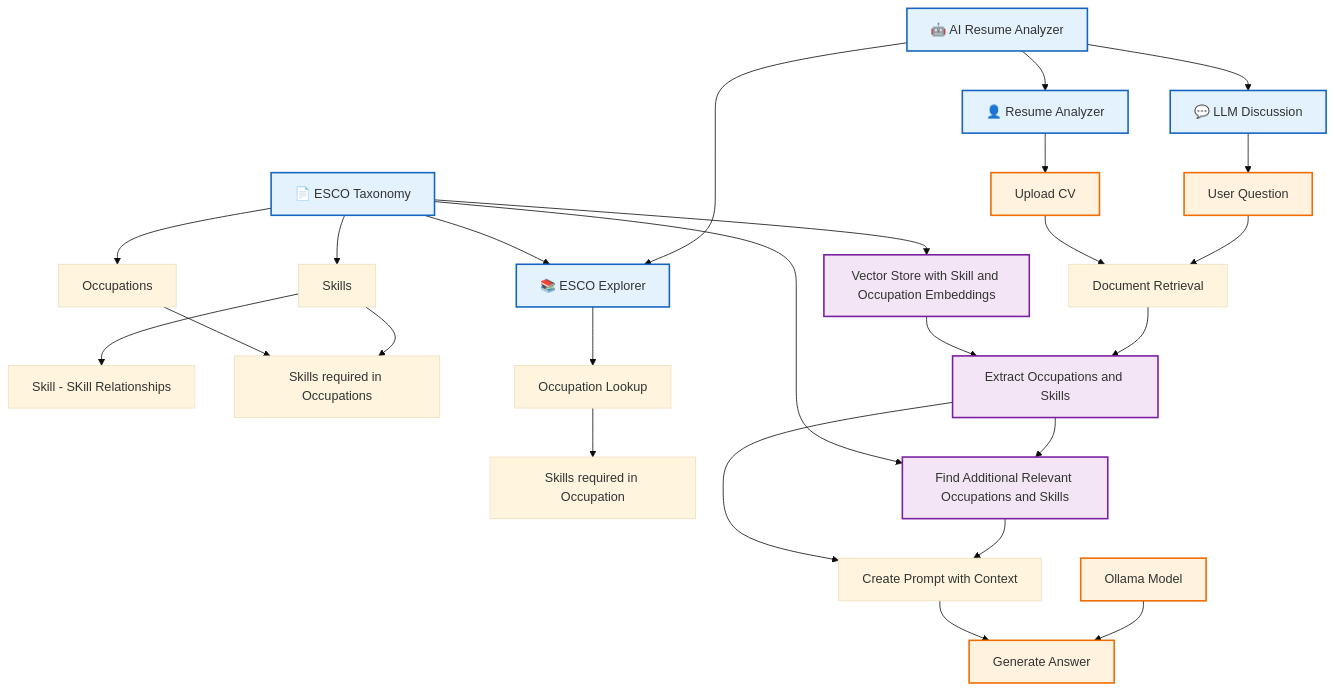
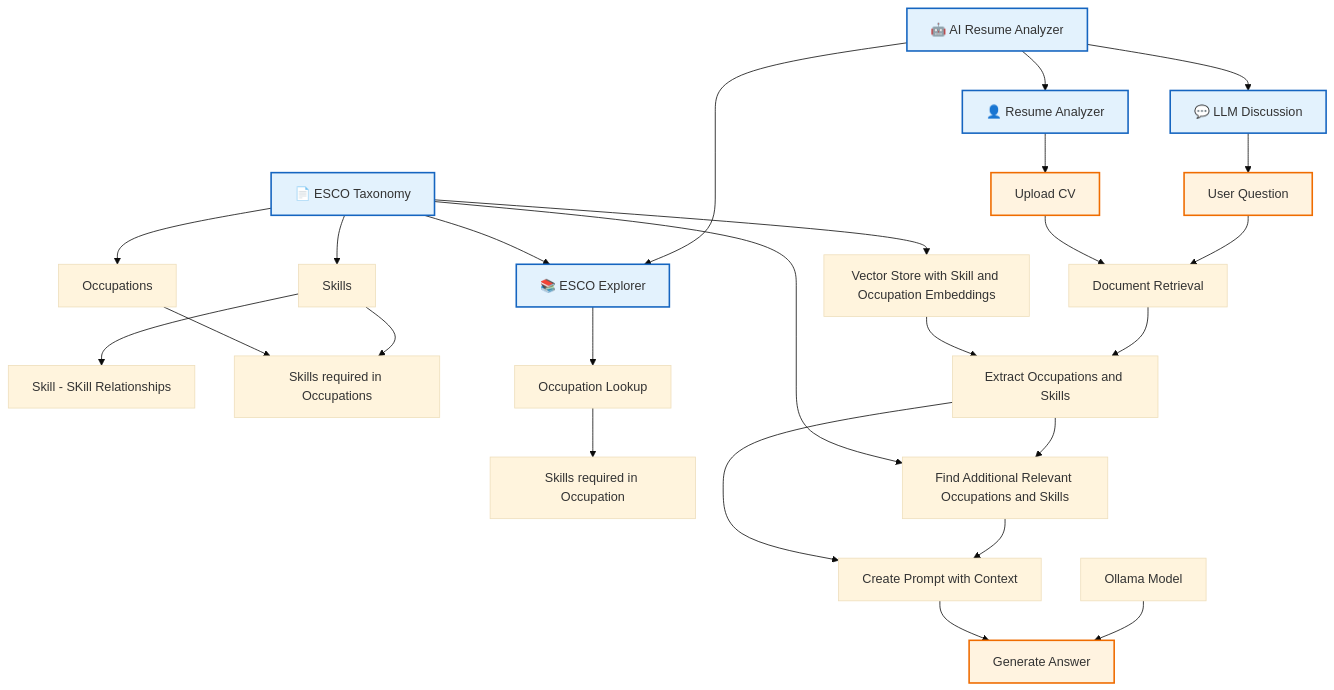
One commit to koncharman/resume_analyzer changed the diagram in README.md. Above: the diagram before and after it, drawn with Mermaid (base theme).

````diff
--- a/README.md
+++ b/README.md
@@ -10,48 +10,48 @@
 ```mermaid
 flowchart TD
     ES["📄 ESCO Taxonomy"]
     ES --> ESS["Skills"]
     ES --> ESO["Occupations"]
     ESS --> ESSS["Skill - SKill Relationships"]
     ESS --> ESSO["Skills required in Occupations"]
     ESO --> ESSO
 
     A["🤖 AI Resume Analyzer"]
     
     A --> B["📚 ESCO Explorer"]
     A --> C["💬 LLM Discussion"]
     A --> D["👤 Resume Analyzer"]
 
     ES --> B
     B --> E["Occupation Lookup"]
     E --> F["Skills required in Occupation"]
 
     ES --> VEC["Vector Store with Skill and Occupation Embeddings"]
 
     C --> H["User Question"]
 
     D --> I["Upload CV"]
 
     H --> J["Document Retrieval"]
     I --> J
 
     J --> RAG["Extract Occupations and Skills"]
     VEC --> RAG
 
     RAG --> DS["Find Additional Relevant Occupations and Skills"]
     ES --> DS
 
     DS --> CX["Create Prompt with Context"]
     RAG --> CX
 
     OLL["Ollama Model"] --> AN["Generate Answer"]
     CX --> AN
     
     classDef app fill:#e3f2fd,stroke:#1565c0,stroke-width:2px;
     classDef rag fill:#f3e5f5,stroke:#7b1fa2,stroke-width:2px;
-    classDef llm fill:#fff3e0,stroke:#ef6c00,stroke-width:2px;
+    classDef io fill:#fff3e0,stroke:#ef6c00,stroke-width:2px;
 
     class ES,A,B,C,D app;
-    class VEC,RAG,DS rag;
-    class H,I,AN,OLL llm;
+    class VEC,RAG,DS,OLL llmrag;
+    class H,I,AN io;
 ```
````
